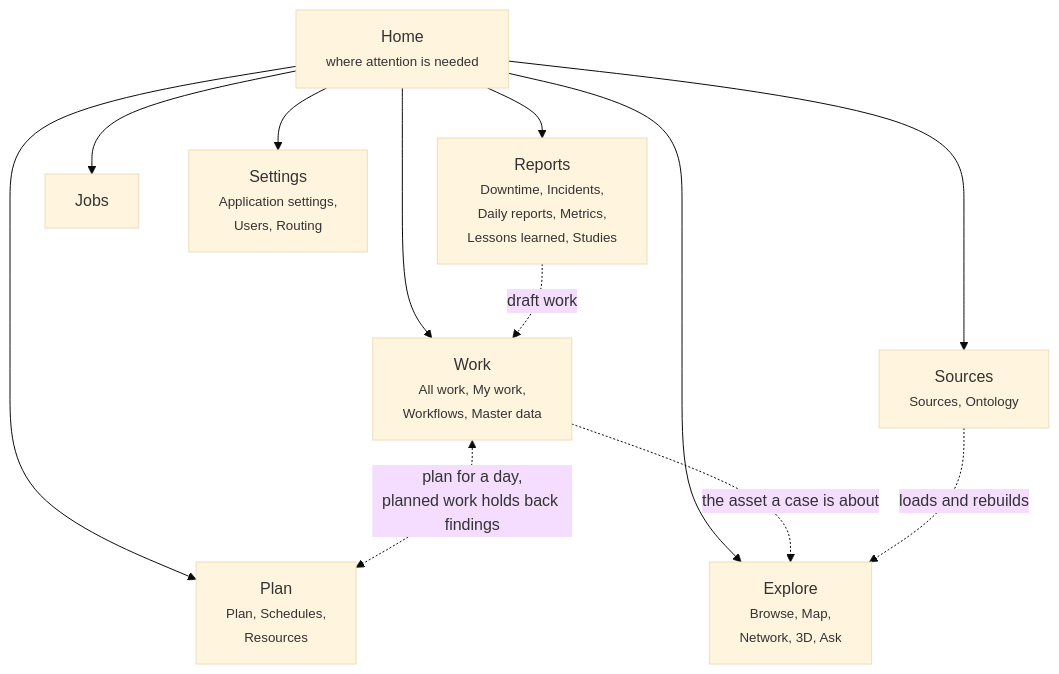
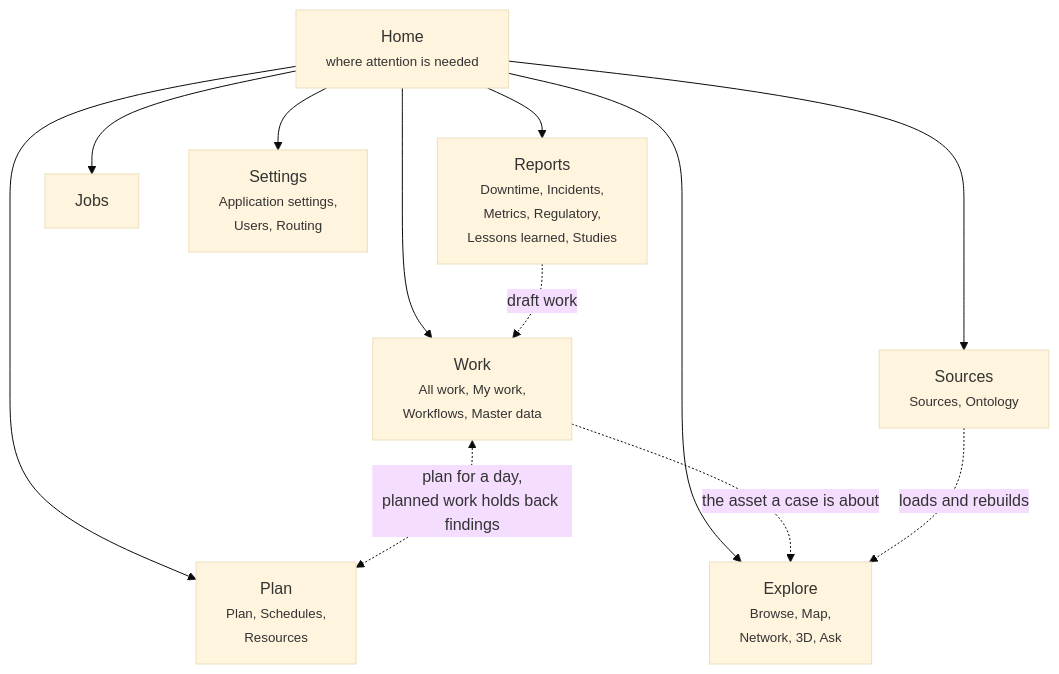
The diagram in docs/tour.md (areed145/fuzer), drawn with Mermaid (base theme) before and after one commit. The commit also changed other lines of this file and 36 other files, not shown here.

````diff
--- a/docs/tour.md
+++ b/docs/tour.md
@@ -15,15 +15,15 @@
 ```mermaid
 flowchart TB
   home["Home<br><small>where attention is needed</small>"]
   home --> work["Work<br><small>All work, My work,<br>Workflows, Master data</small>"]
   home --> plan["Plan<br><small>Plan, Schedules,<br>Resources</small>"]
   home --> explore["Explore<br><small>Browse, Map,<br>Network, 3D, Ask</small>"]
-  home --> reports["Reports<br><small>Downtime, Incidents,<br>Daily reports, Metrics,<br>Lessons learned, Studies</small>"]
+  home --> reports["Reports<br><small>Downtime, Incidents,<br>Metrics, Regulatory,<br>Lessons learned, Studies</small>"]
   home --> sources["Sources<br><small>Sources, Ontology</small>"]
   home --> jobs["Jobs"]
   home --> settings["Settings<br><small>Application settings,<br>Users, Routing</small>"]
   work <-.->|"plan for a day,<br>planned work holds back findings"| plan
   work -.->|"the asset a case is about"| explore
   reports -.->|"draft work"| work
   sources -.->|"loads and rebuilds"| explore
 ```
````
